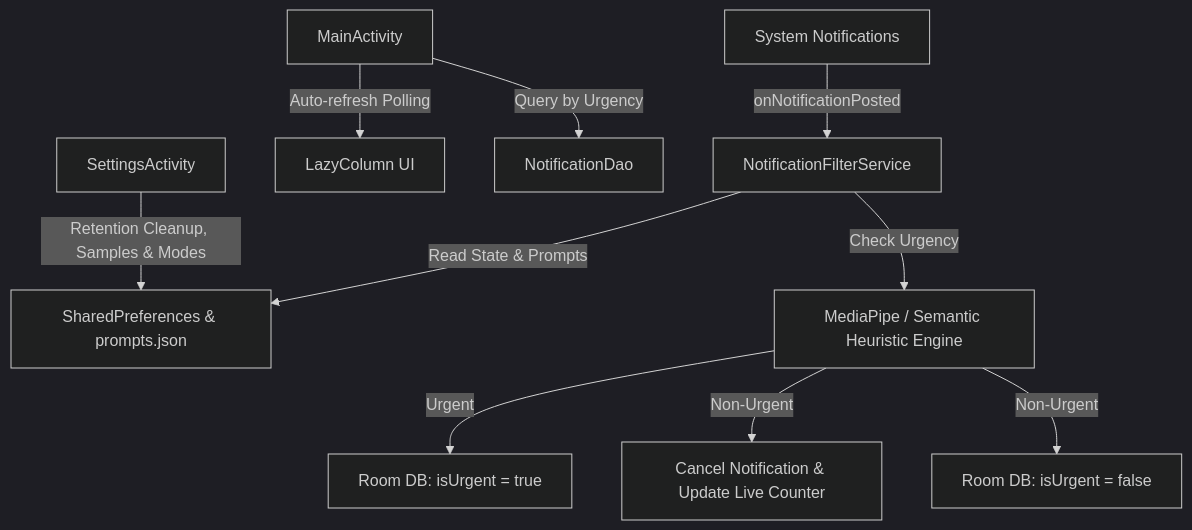
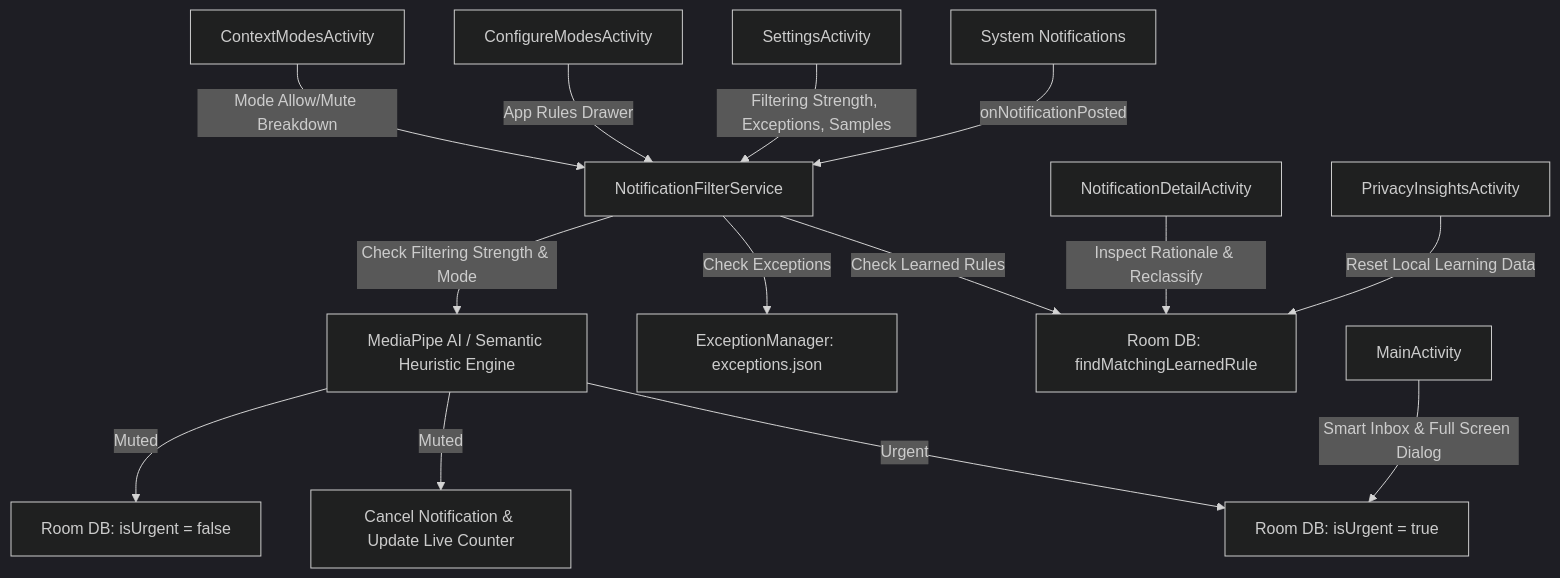
Before and after one commit to gnanaswaroop/FocusRefine: the diagram in docs/internals.md, drawn with Mermaid (dark theme). The commit also changed other lines of this file and 8 other files, not shown here.

Commit message:
Update docs with Filtering Strength, ExceptionManager JSON, On Device AI badge, and 6 Dark Studio screens

````diff
--- a/docs/internals.md
+++ b/docs/internals.md
@@ -9,12 +9,16 @@
 ```mermaid
 graph TD
     A[System Notifications] -->|onNotificationPosted| B[NotificationFilterService]
-    B -->|Read State & Prompts| C[SharedPreferences & prompts.json]
-    B -->|Check Urgency| D[MediaPipe / Semantic Heuristic Engine]
-    D -->|Urgent| E[Room DB: isUrgent = true]
-    D -->|Non-Urgent| F[Cancel Notification & Update Live Counter]
-    D -->|Non-Urgent| G[Room DB: isUrgent = false]
-    H[MainActivity] -->|Auto-refresh Polling| I[LazyColumn UI]
-    H -->|Query by Urgency| J[NotificationDao]
-    K[SettingsActivity] -->|Retention Cleanup, Samples & Modes| C
+    B -->|Check Learned Rules| C[Room DB: findMatchingLearnedRule]
+    B -->|Check Exceptions| D[ExceptionManager: exceptions.json]
+    B -->|Check Filtering Strength & Mode| E[MediaPipe AI / Semantic Heuristic Engine]
+    E -->|Urgent| F[Room DB: isUrgent = true]
+    E -->|Muted| G[Cancel Notification & Update Live Counter]
+    E -->|Muted| H[Room DB: isUrgent = false]
+    I[MainActivity] -->|Smart Inbox & Full Screen Dialog| F
+    J[SettingsActivity] -->|Filtering Strength, Exceptions, Samples| B
+    K[NotificationDetailActivity] -->|Inspect Rationale & Reclassify| C
+    L[ConfigureModesActivity] -->|App Rules Drawer| B
+    M[ContextModesActivity] -->|Mode Allow/Mute Breakdown| B
+    N[PrivacyInsightsActivity] -->|Reset Local Learning Data| C
 ```
````
